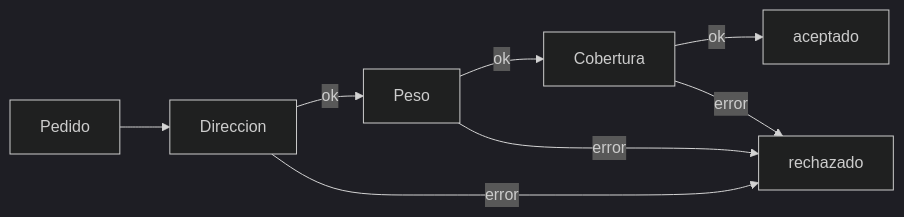
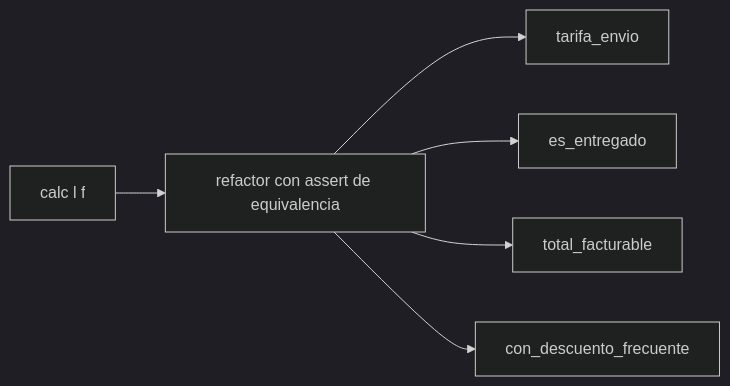
Before and after one commit to NICORUIZ93/The_Imperial_Book: the first of 4 diagrams in web/public/content/foundations/modulo-14.md, drawn with Mermaid (dark theme). The commit also changed other lines of this file and 36 other files, not shown here.

````diff
--- a/web/public/content/foundations/modulo-14.md
+++ b/web/public/content/foundations/modulo-14.md
@@ -358,10 +21,8 @@
 ```mermaid
 flowchart LR
-    P[Pedido] --> D[Direccion]
-    D -- ok --> W[Peso]
-    W -- ok --> C[Cobertura]
-    C -- ok --> A[aceptado]
-    D -- error --> X[rechazado]
-    W -- error --> X
-    C -- error --> X
+    A[calc l f] --> R[refactor con assert de equivalencia]
+    R --> T[tarifa_envio]
+    R --> E[es_entregado]
+    R --> S[total_facturable]
+    R --> D[con_descuento_frecuente]
 ```
````
